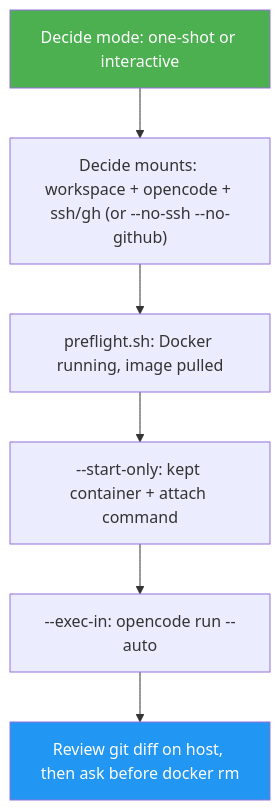
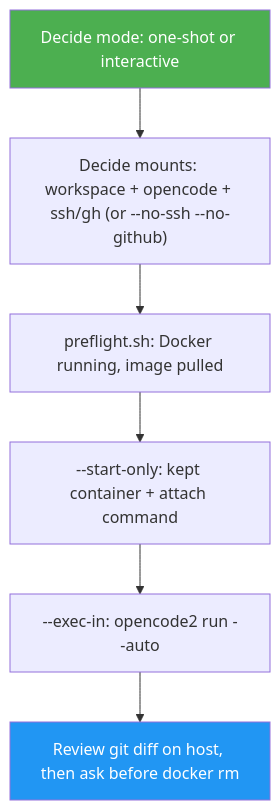
The diagram in skills/opencode-sandbox/docs/README.md (luongnv89/skills), drawn with Mermaid before and after one commit. The commit also changed other lines of this file and 11 other files, not shown here.

````diff
--- a/skills/opencode-sandbox/docs/README.md
+++ b/skills/opencode-sandbox/docs/README.md
@@ -30,10 +30,10 @@
 ```mermaid
 graph TD
     A["Decide mode: one-shot or interactive"] --> B["Decide mounts: workspace + opencode + ssh/gh (or --no-ssh --no-github)"]
     B --> C["preflight.sh: Docker running, image pulled"]
     C --> D["--start-only: kept container + attach command"]
-    D --> E["--exec-in: opencode run --auto"]
+    D --> E["--exec-in: opencode2 run --auto"]
     E --> F["Review git diff on host, then ask before docker rm"]
     style A fill:#4CAF50,color:#fff
     style F fill:#2196F3,color:#fff
 ```
````
